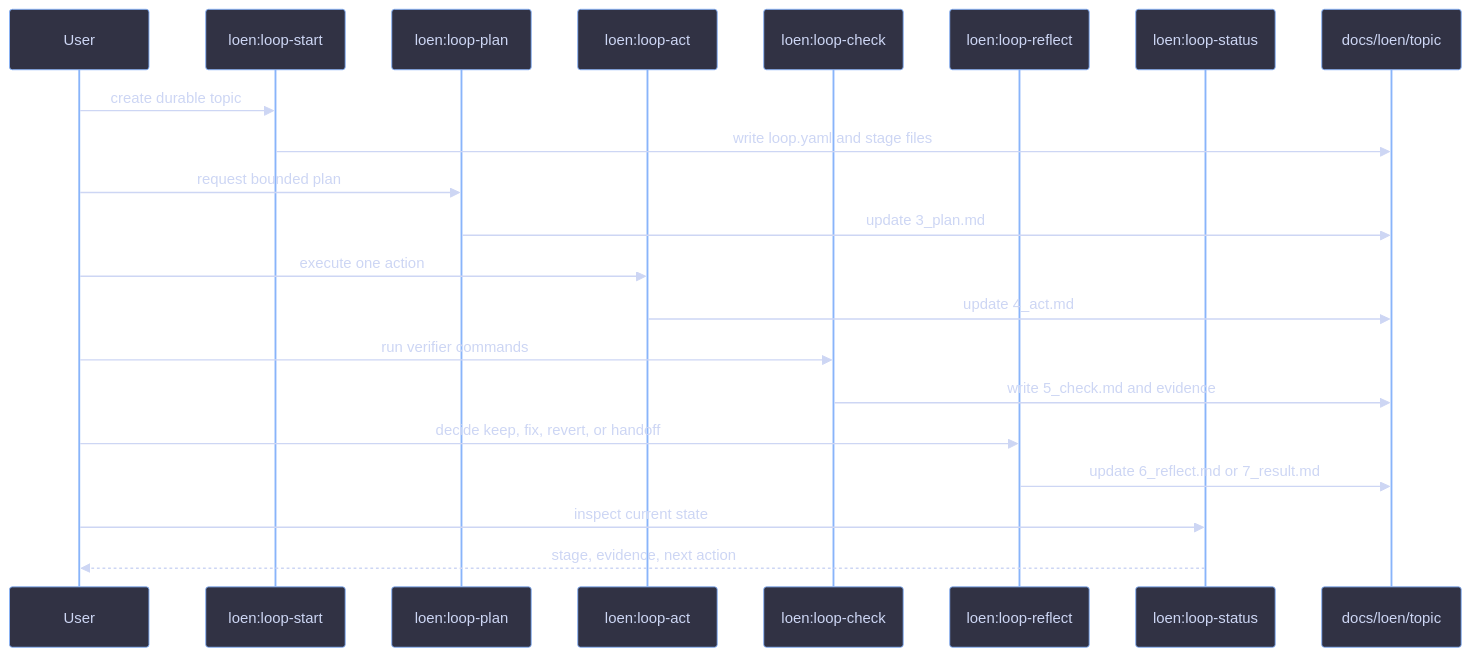
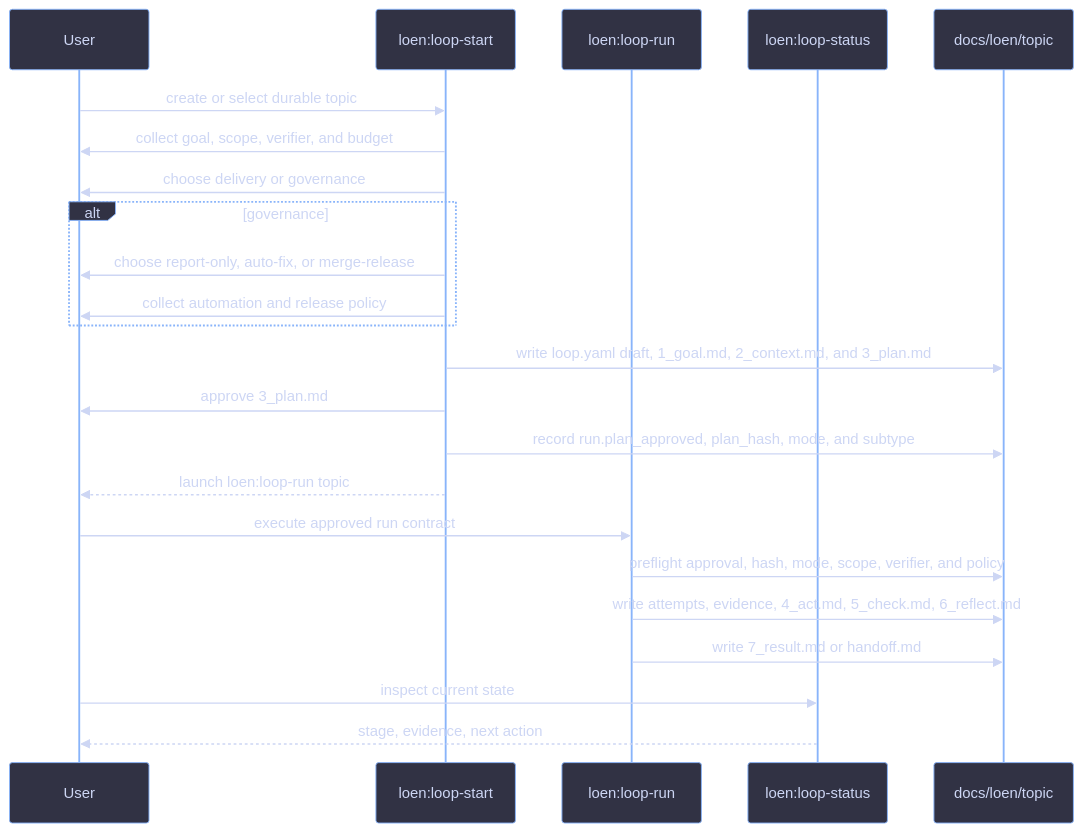
One commit to ikeniborn/icodex changed the first of 2 diagrams in .codex-isolated/plugins/cache/icodex-local/loen/0.1.0/README.md. Above: the diagram before and after it, drawn with Mermaid. The commit also changed other lines of this file and 80 other files, not shown here.

````diff
--- a/.codex-isolated/plugins/cache/icodex-local/loen/0.1.0/README.md
+++ b/.codex-isolated/plugins/cache/icodex-local/loen/0.1.0/README.md
@@ -64,25 +75,27 @@
 ```mermaid
 %%{init: {'theme': 'base', 'themeVariables': {'background': '#1e1e2e', 'primaryColor': '#313244', 'primaryTextColor': '#cdd6f4', 'primaryBorderColor': '#89b4fa', 'lineColor': '#888888', 'secondaryColor': '#181825', 'tertiaryColor': '#45475a'}}}%%
 sequenceDiagram
     participant User as User
     participant Start as loen:loop-start
-    participant Plan as loen:loop-plan
-    participant Act as loen:loop-act
-    participant Check as loen:loop-check
-    participant Reflect as loen:loop-reflect
+    participant Run as loen:loop-run
     participant Status as loen:loop-status
     participant Files as docs/loen/topic
 
-    User->>Start: create durable topic
-    Start->>Files: write loop.yaml and stage files
-    User->>Plan: request bounded plan
-    Plan->>Files: update 3_plan.md
-    User->>Act: execute one action
-    Act->>Files: update 4_act.md
-    User->>Check: run verifier commands
-    Check->>Files: write 5_check.md and evidence
-    User->>Reflect: decide keep, fix, revert, or handoff
-    Reflect->>Files: update 6_reflect.md or 7_result.md
+    User->>Start: create or select durable topic
+    Start->>User: collect goal, scope, verifier, and budget
+    Start->>User: choose delivery or governance
+    alt governance
+        Start->>User: choose report-only, auto-fix, or merge-release
+        Start->>User: collect automation and release policy
+    end
+    Start->>Files: write loop.yaml draft, 1_goal.md, 2_context.md, and 3_plan.md
+    Start->>User: approve 3_plan.md
+    Start->>Files: record run.plan_approved, plan_hash, mode, and subtype
+    Start-->>User: launch loen:loop-run topic
+    User->>Run: execute approved run contract
+    Run->>Files: preflight approval, hash, mode, scope, verifier, and policy
+    Run->>Files: write attempts, evidence, 4_act.md, 5_check.md, 6_reflect.md
+    Run->>Files: write 7_result.md or handoff.md
     User->>Status: inspect current state
     Status-->>User: stage, evidence, next action
 ```
````
